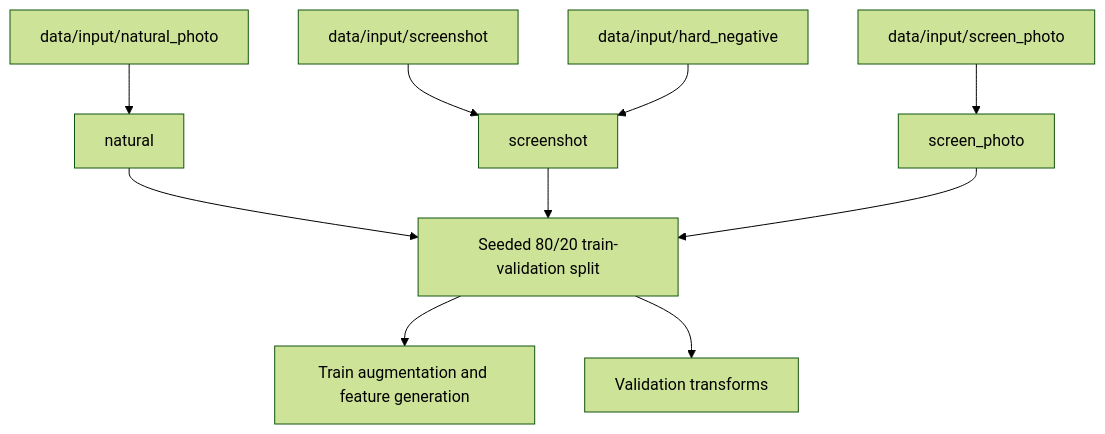
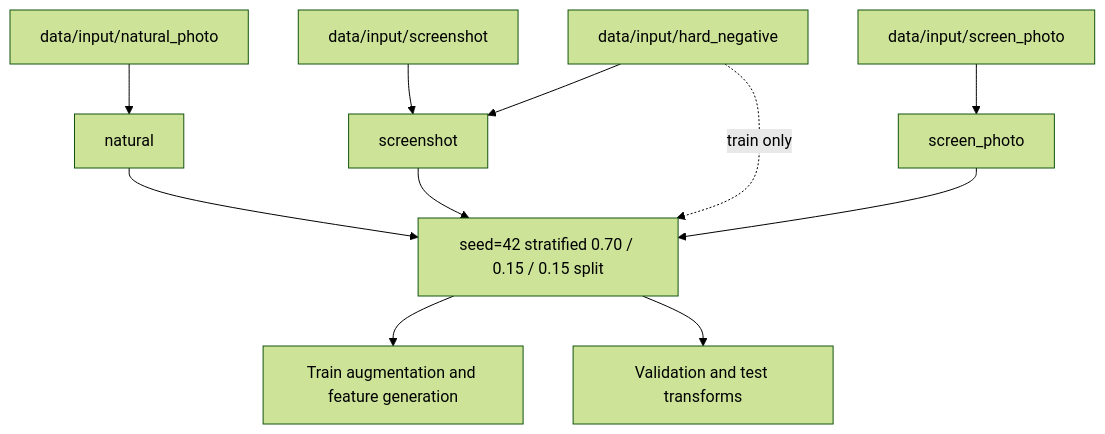
Before and after one commit to zgyj4532/opencv-screen-detector: the sixth of 8 diagrams in README.md, drawn with Mermaid (forest theme). The commit also changed other lines of this file and 27 other files, not shown here.

````diff
--- a/README.md
+++ b/README.md
@@ -163,12 +165,13 @@
 ```mermaid
 flowchart TD
     N[data/input/natural_photo] --> Natural[natural]
     S[data/input/screenshot] --> Screenshot[screenshot]
     H[data/input/hard_negative] --> Screenshot
     P[data/input/screen_photo] --> Photo[screen_photo]
-    Natural --> Split[Seeded 80/20 train-validation split]
+    Natural --> Split[seed=42 stratified 0.70 / 0.15 / 0.15 split]
     Screenshot --> Split
     Photo --> Split
+    H -.-> |train only| Split
     Split --> Augment[Train augmentation and feature generation]
-    Split --> Validate[Validation transforms]
+    Split --> Validate[Validation and test transforms]
 ```
````
